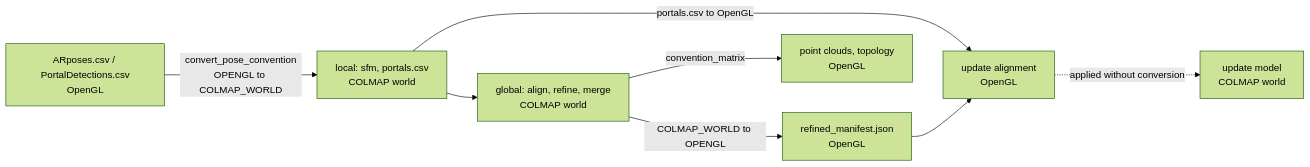
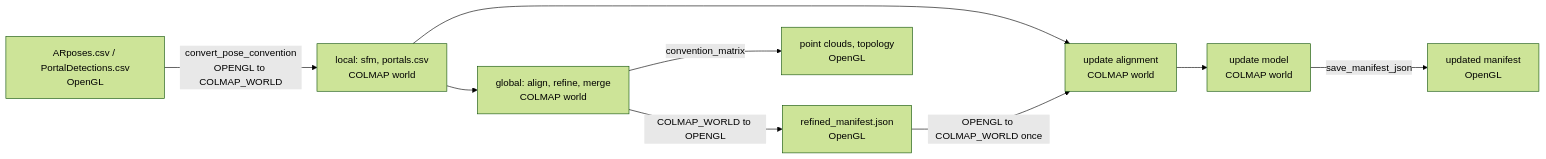
One commit to aukilabs/reconstruction-server changed the diagram in docs/coordinate-conventions.md. Above: the diagram before and after it, drawn with Mermaid (forest theme). The commit also changed other lines of this file and 3 other files, not shown here.

First line of the commit message:
docs: record the COLMAP-world update stitch and drop the unused origin branch

````diff
--- a/docs/coordinate-conventions.md
+++ b/docs/coordinate-conventions.md
@@ -102,10 +106,11 @@
 ```mermaid
 flowchart LR
   AR["ARposes.csv / PortalDetections.csv<br/>OpenGL"] -- "convert_pose_convention<br/>OPENGL to COLMAP_WORLD" --> L["local: sfm, portals.csv<br/>COLMAP world"]
   L --> G["global: align, refine, merge<br/>COLMAP world"]
   G -- "COLMAP_WORLD to OPENGL" --> M["refined_manifest.json<br/>OpenGL"]
   G -- "convention_matrix" --> P["point clouds, topology<br/>OpenGL"]
-  L -- "portals.csv to OpenGL" --> U["update alignment<br/>OpenGL"]
-  M --> U
-  U -. "applied without conversion" .-> UM["update model<br/>COLMAP world"]
+  L --> U["update alignment<br/>COLMAP world"]
+  M -- "OPENGL to COLMAP_WORLD once" --> U
+  U --> UM["update model<br/>COLMAP world"]
+  UM -- "save_manifest_json" --> MU["updated manifest<br/>OpenGL"]
 ```
````
